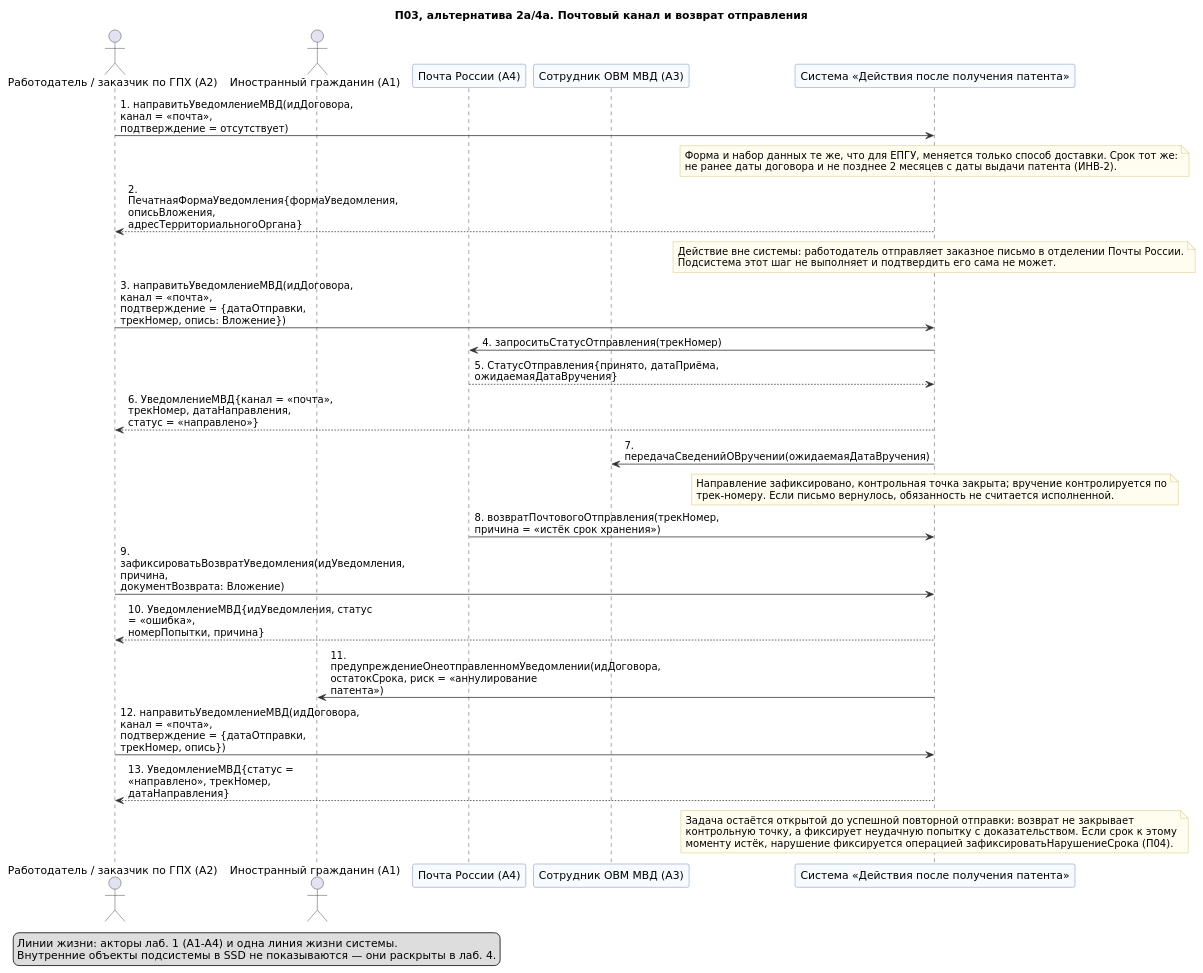
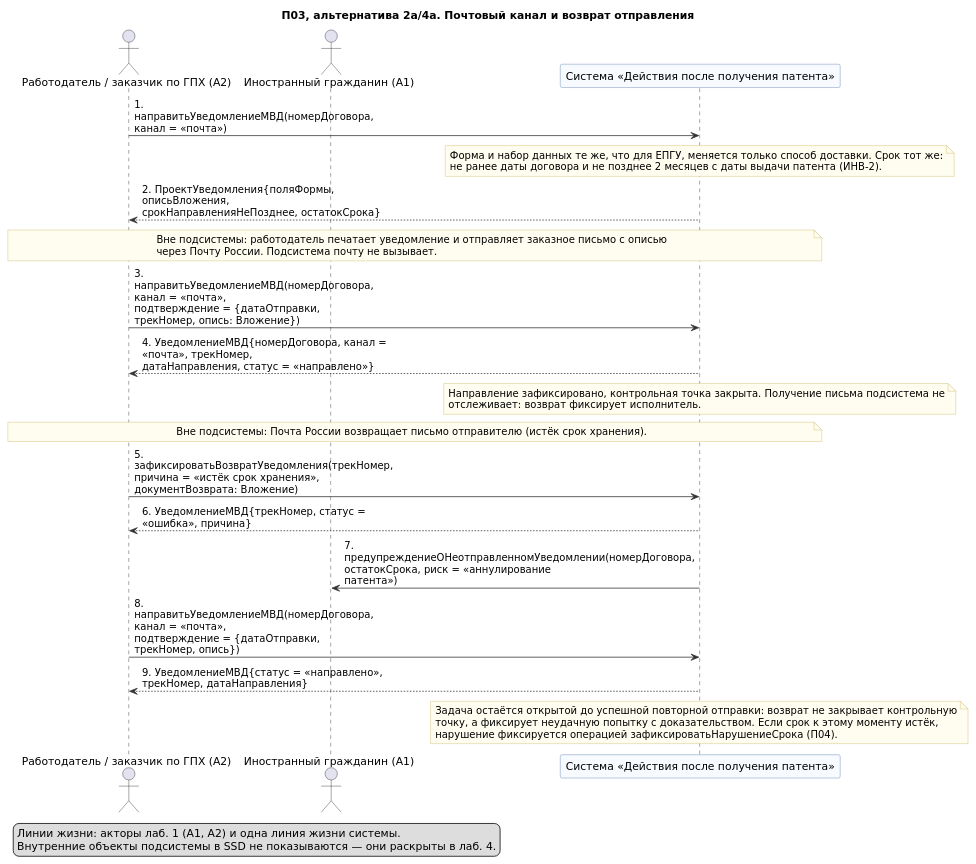
The diagram in lab3-sequence-diagrams/diagrams/06-p03-alternativa-pochta.puml (mflkee/fms-course), drawn with PlantUML before and after one commit. The commit also changed 41 other files, not shown here.

Commit message:
ФМС: канон отправки и просрочки, 78 тестов, кардинальности без 1..*, читаемая диаграмма прецедентов

```diff
--- a/lab3-sequence-diagrams/diagrams/06-p03-alternativa-pochta.puml
+++ b/lab3-sequence-diagrams/diagrams/06-p03-alternativa-pochta.puml
@@ -1,62 +1,59 @@
 @startuml 06-p03-alternativa-pochta
 ' Лаб. 3: системная диаграмма последовательностей (SSD, «чёрный ящик»)
 ' Прецедент: П03 — альтернативный сценарий 2а («ЕПГУ недоступен, отправка почтой»)
 '                     и сценарий 4а («письмо вернулось отправителю»)
 ' Проверка: plantuml -checkonly 06-p03-alternativa-pochta.puml ; рендер: plantuml -tpng 06-p03-alternativa-pochta.puml
 ' Репозиторий: https://github.com/mflkee/fms-course
 
 title П03, альтернатива 2а/4а. Почтовый канал и возврат отправления
 skinparam shadowing false
 skinparam defaultFontName "DejaVu Sans"
 skinparam maxMessageSize 320
 skinparam sequenceMessageAlign left
 skinparam ParticipantBackgroundColor #F7FBFF
 skinparam ParticipantBorderColor #4A6FA5
 skinparam LifeLineBorderColor #9DB4D0
 skinparam ArrowColor #333333
 skinparam NoteBackgroundColor #FFFDF0
 skinparam NoteBorderColor #C9B458
 
 actor "Работодатель / заказчик по ГПХ (A2)" as EMP
 actor "Иностранный гражданин (A1)" as CIT
-participant "Почта России (A4)" as POST
-participant "Сотрудник ОВМ МВД (A3)" as MVD
 participant "Система «Действия после получения патента»" as SYS
 
-EMP -> SYS : 1. направитьУведомлениеМВД(идДоговора, канал = «почта»,\nподтверждение = отсутствует)
+EMP -> SYS : 1. направитьУведомлениеМВД(номерДоговора, канал = «почта»)
 note over SYS
   Форма и набор данных те же, что для ЕПГУ, меняется только способ доставки. Срок тот же:
   не ранее даты договора и не позднее 2 месяцев с даты выдачи патента (ИНВ-2).
 end note
-SYS --> EMP : 2. ПечатнаяФормаУведомления{формаУведомления, описьВложения,\nадресТерриториальногоОргана}
+SYS --> EMP : 2. ПроектУведомления{поляФормы, описьВложения,\nсрокНаправленияНеПозднее, остатокСрока}
+note over EMP, SYS
+  Вне подсистемы: работодатель печатает уведомление и отправляет заказное письмо с описью
+  через Почту России. Подсистема почту не вызывает.
+end note
+EMP -> SYS : 3. направитьУведомлениеМВД(номерДоговора, канал = «почта»,\nподтверждение = {датаОтправки, трекНомер, опись: Вложение})
+SYS --> EMP : 4. УведомлениеМВД{номерДоговора, канал = «почта», трекНомер,\nдатаНаправления, статус = «направлено»}
 note over SYS
-  Действие вне системы: работодатель отправляет заказное письмо в отделении Почты России.
-  Подсистема этот шаг не выполняет и подтвердить его сама не может.
+  Направление зафиксировано, контрольная точка закрыта. Получение письма подсистема не
+  отслеживает: возврат фиксирует исполнитель.
 end note
-EMP -> SYS : 3. направитьУведомлениеМВД(идДоговора, канал = «почта»,\nподтверждение = {датаОтправки, трекНомер, опись: Вложение})
-SYS -> POST : 4. запроситьСтатусОтправления(трекНомер)
-POST --> SYS : 5. СтатусОтправления{принято, датаПриёма, ожидаемаяДатаВручения}
-SYS --> EMP : 6. УведомлениеМВД{канал = «почта», трекНомер, датаНаправления,\nстатус = «направлено»}
-SYS -> MVD : 7. передачаСведенийОВручении(ожидаемаяДатаВручения)
+note over EMP, SYS
+  Вне подсистемы: Почта России возвращает письмо отправителю (истёк срок хранения).
+end note
+EMP -> SYS : 5. зафиксироватьВозвратУведомления(трекНомер,\nпричина = «истёк срок хранения», документВозврата: Вложение)
+SYS --> EMP : 6. УведомлениеМВД{трекНомер, статус = «ошибка», причина}
+SYS -> CIT : 7. предупреждениеОНеотправленномУведомлении(номерДоговора,\nостатокСрока, риск = «аннулирование патента»)
+EMP -> SYS : 8. направитьУведомлениеМВД(номерДоговора, канал = «почта»,\nподтверждение = {датаОтправки, трекНомер, опись})
+SYS --> EMP : 9. УведомлениеМВД{статус = «направлено», трекНомер, датаНаправления}
 note over SYS
-  Направление зафиксировано, контрольная точка закрыта; вручение контролируется по
-  трек-номеру. Если письмо вернулось, обязанность не считается исполненной.
-end note
-POST -> SYS : 8. возвратПочтовогоОтправления(трекНомер,\nпричина = «истёк срок хранения»)
-EMP -> SYS : 9. зафиксироватьВозвратУведомления(идУведомления, причина,\nдокументВозврата: Вложение)
-SYS --> EMP : 10. УведомлениеМВД{идУведомления, статус = «ошибка»,\nномерПопытки, причина}
-SYS -> CIT : 11. предупреждениеОнеотправленномУведомлении(идДоговора,\nостатокСрока, риск = «аннулирование патента»)
-EMP -> SYS : 12. направитьУведомлениеМВД(идДоговора, канал = «почта»,\nподтверждение = {датаОтправки, трекНомер, опись})
-SYS --> EMP : 13. УведомлениеМВД{статус = «направлено», трекНомер, датаНаправления}
-note over SYS
-  Задача остаётся открытой до успешной повторной отправки: возврат не закрывает
-  контрольную точку, а фиксирует неудачную попытку с доказательством. Если срок к этому
-  моменту истёк, нарушение фиксируется операцией зафиксироватьНарушениеСрока (П04).
+  Задача остаётся открытой до успешной повторной отправки: возврат не закрывает контрольную
+  точку, а фиксирует неудачную попытку с доказательством. Если срок к этому моменту истёк,
+  нарушение фиксируется операцией зафиксироватьНарушениеСрока (П04).
 end note
 
 legend bottom left
-  Линии жизни: акторы лаб. 1 (A1–A4) и одна линия жизни системы.
+  Линии жизни: акторы лаб. 1 (A1, A2) и одна линия жизни системы.
   Внутренние объекты подсистемы в SSD не показываются — они раскрыты в лаб. 4.
 end legend
 
 @enduml
```
